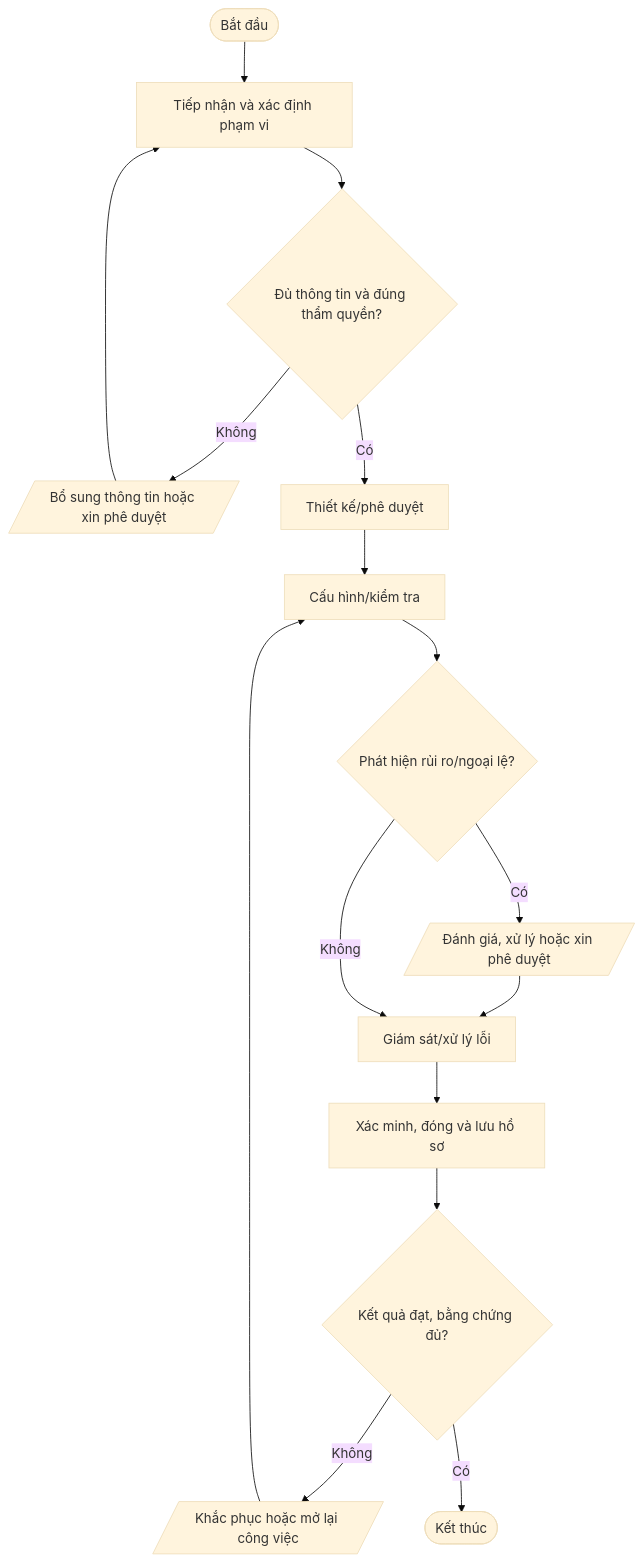
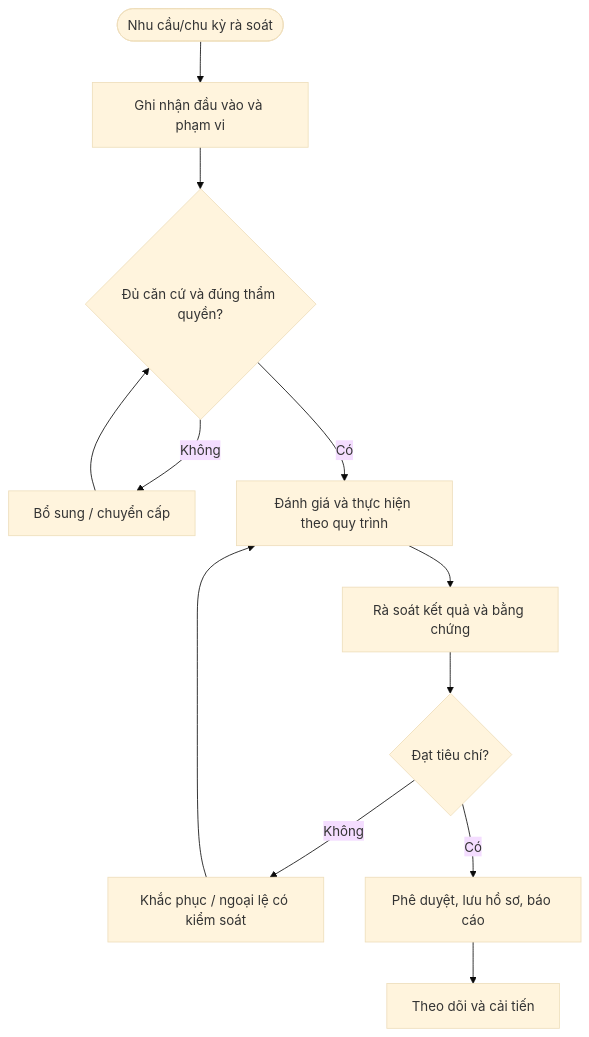
Before and after one commit to daoaigiangnam/Quy_Trinh_Chuan: the diagram in quy-trinh/chi-tiet/QT-OPS-01.md, drawn with Mermaid (base theme). The commit also changed other lines of this file, not shown here.

````diff
--- a/quy-trinh/chi-tiet/QT-OPS-01.md
+++ b/quy-trinh/chi-tiet/QT-OPS-01.md
@@ -31,18 +120,14 @@
 ```mermaid
 flowchart TD
-  A([Bắt đầu]) --> S1["Tiếp nhận và xác định phạm vi"]
-  S1 --> D1{"Đủ thông tin và đúng thẩm quyền?"}
-  D1 -- Không --> F1[/"Bổ sung thông tin hoặc xin phê duyệt"/]
-  F1 --> S1
-  D1 -- Có --> S2["Thiết kế/phê duyệt"]
-  S2 --> S3["Cấu hình/kiểm tra"]
-  S3 --> D2{"Phát hiện rủi ro/ngoại lệ?"}
-  D2 -- Có --> RISK[/"Đánh giá, xử lý hoặc xin phê duyệt"/]
-  RISK --> S4["Giám sát/xử lý lỗi"]
-  D2 -- Không --> S4
-  S4 --> S5["Xác minh, đóng và lưu hồ sơ"]
-  S5 --> D3{"Kết quả đạt, bằng chứng đủ?"}
-  D3 -- Không --> R[/"Khắc phục hoặc mở lại công việc"/]
-  R --> S3
-  D3 -- Có --> Z([Kết thúc])
+ A([Nhu cầu/chu kỳ rà soát]) --> B[Ghi nhận đầu vào và phạm vi]
+ B --> C{Đủ căn cứ và đúng thẩm quyền?}
+ C -- Không --> D[Bổ sung / chuyển cấp]
+ D --> C
+ C -- Có --> E[Đánh giá và thực hiện theo quy trình]
+ E --> F[Rà soát kết quả và bằng chứng]
+ F --> G{Đạt tiêu chí?}
+ G -- Không --> H[Khắc phục / ngoại lệ có kiểm soát]
+ H --> E
+ G -- Có --> I[Phê duyệt, lưu hồ sơ, báo cáo]
+ I --> J[Theo dõi và cải tiến]
 ```
````
